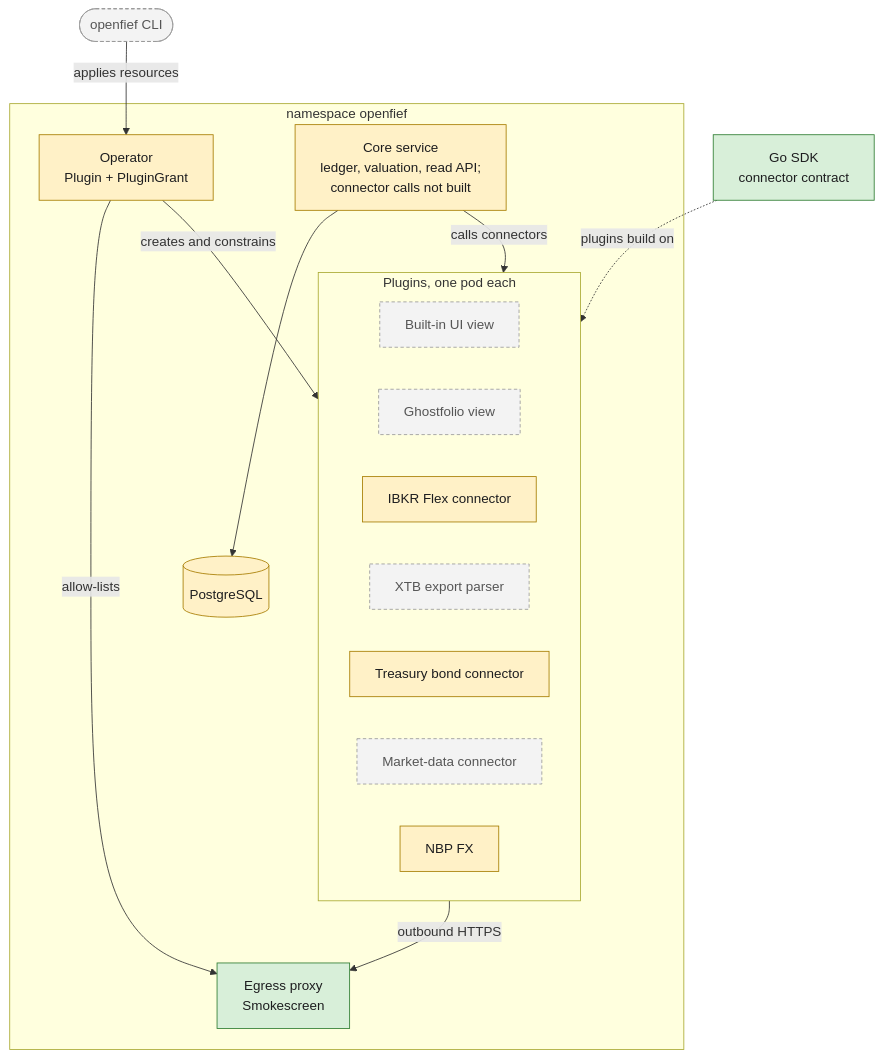
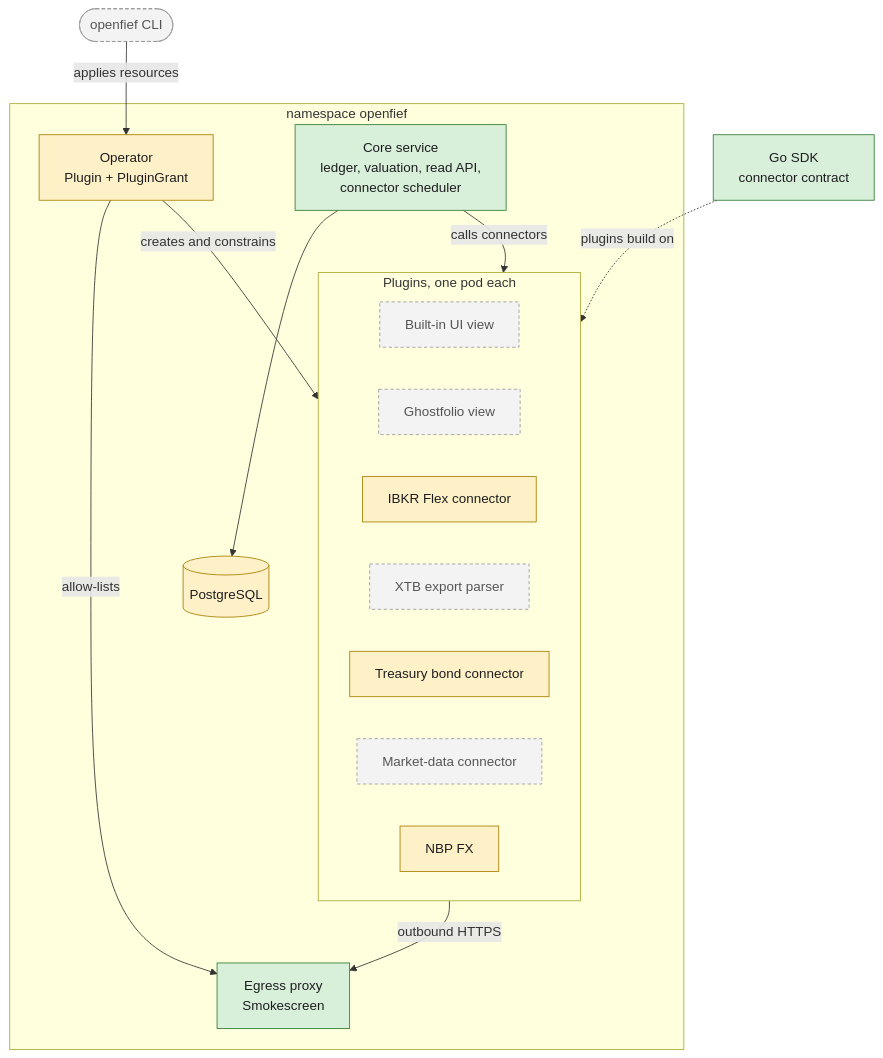
One commit to arkadiuss/openfief changed the second of 5 diagrams in docs/architecture.md. Above: the diagram before and after it, drawn with Mermaid. The commit also changed other lines of this file and 102 other files, not shown here.

First line of the commit message:
feat(core): sync connector instances with per-instance TokenRequest tokens

````diff
--- a/docs/architecture.md
+++ b/docs/architecture.md
@@ -40,30 +40,30 @@
 ```mermaid
 flowchart TB
   classDef built fill:#d8efd9,stroke:#2f7d32,color:#1d1d1f
   classDef partial fill:#fff1c7,stroke:#a77d00,color:#1d1d1f
   classDef missing fill:#f3f3f3,stroke:#9a9a9a,color:#555,stroke-dasharray: 4 3
   cli(["openfief CLI"]):::missing
   subgraph ns["namespace openfief"]
     op["Operator<br/>Plugin + PluginGrant"]:::partial
     proxy["Egress proxy<br/>Smokescreen"]:::built
-    core["Core service<br/>ledger, valuation, read API;<br/>connector calls not built"]:::partial
+    core["Core service<br/>ledger, valuation, read API,<br/>connector scheduler"]:::built
     pg[("PostgreSQL")]:::partial
     subgraph plugins["Plugins, one pod each"]
       ui["Built-in UI view"]:::missing
       gfv["Ghostfolio view"]:::missing
       ibkrc["IBKR Flex connector"]:::partial
       xtb["XTB export parser"]:::missing
       bonds["Treasury bond connector"]:::partial
       mdc["Market-data connector"]:::missing
       nbpc["NBP FX"]:::partial
     end
   end
   sdk["Go SDK<br/>connector contract"]:::built
   sdk -. "plugins build on" .-> plugins
   cli -- "applies resources" --> op
   op -- "creates and constrains" --> plugins
   op -- "allow-lists" --> proxy
   core --> pg
   core -- "calls connectors" --> plugins
   plugins -- "outbound HTTPS" --> proxy
 ```
````
